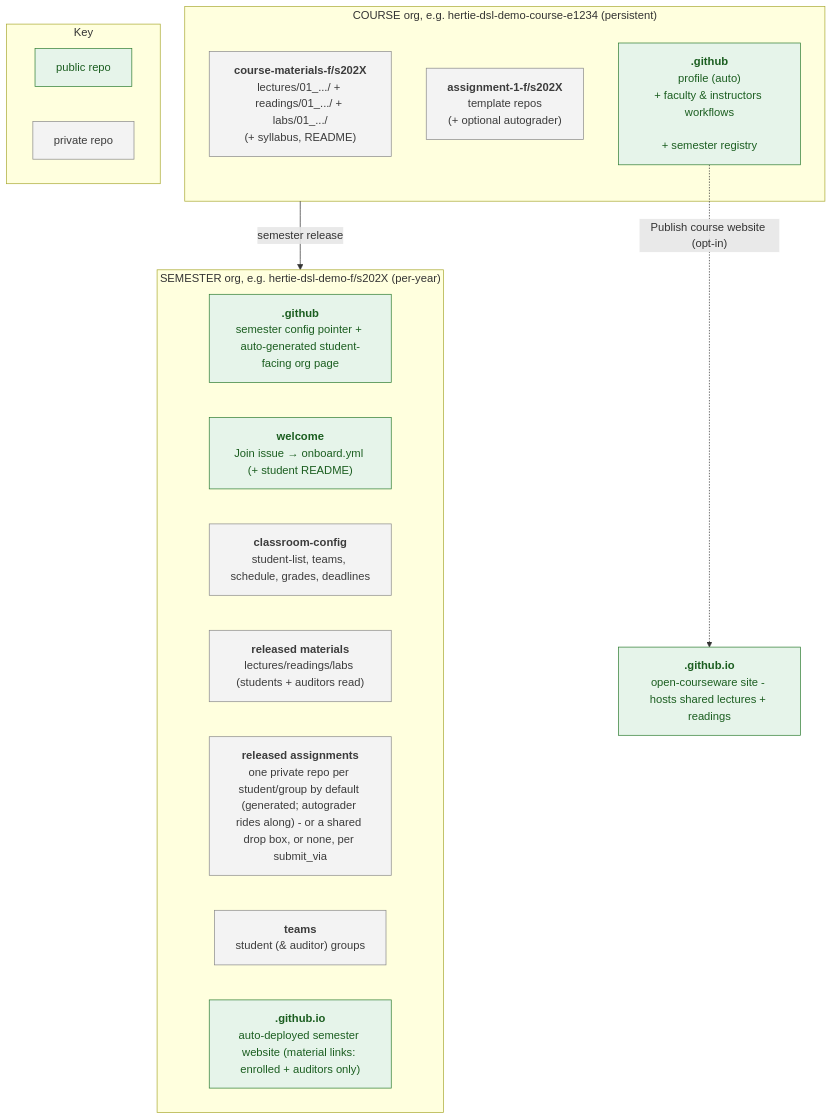
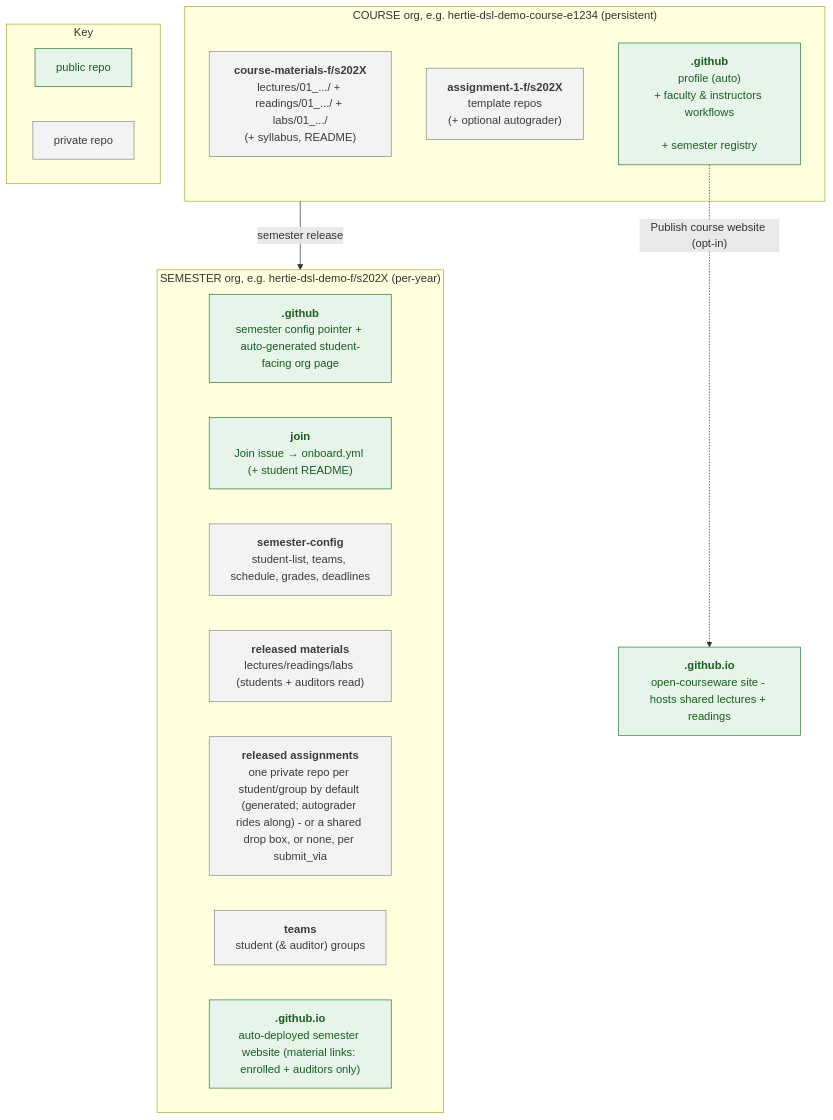
The diagram in README.md (hertie-data-science-lab/dsl-teaching-toolkit), drawn with Mermaid before and after one commit. The commit also changed other lines of this file and 160 other files, not shown here.

First line of the commit message:
refactor(engine): semester-config, join, .system/ layout and the migration tool

````diff
--- a/README.md
+++ b/README.md
@@ -37,63 +37,63 @@
 ```mermaid
 flowchart TB
   subgraph COURSE["COURSE org, e.g. hertie-dsl-demo-course-e1234 (persistent)"]
     mat["`**course-materials-f/s202X**
 
 lectures/01_.../ + readings/01_.../ + labs/01_.../
 
 (+ syllabus, README)`"]
     tmpl["`**assignment-1-f/s202X**
 
 template repos
 
 (+ optional autograder)`"]
     gh["`**.github**
 
 profile (auto)
 
 + faculty & instructors workflows
 
 + semester registry`"]
   end
 
   subgraph SEMESTER["SEMESTER org, e.g. hertie-dsl-demo-f/s202X (per-year)"]
     cgh["`**.github**
 
 semester config pointer + auto-generated student-facing org page`"]
-    welcome["`**welcome**
+    join["`**join**
 
 Join issue → onboard.yml (+ student README)`"]
-    cfg["`**classroom-config**
+    cfg["`**semester-config**
 
 student-list, teams, schedule, grades, deadlines`"]
     cmat["`**released materials**
 
 lectures/readings/labs (students + auditors read)`"]
     repos["`**released assignments**
 
 one private repo per student/group by default (generated; autograder rides along) - or a shared drop box, or none, per submit_via`"]
     team["`**teams**
 
 student (& auditor) groups`"]
     site["`**<semester>.github.io**
 
 auto-deployed semester website (material links: enrolled + auditors only)`"]
   end
 
   pub["`**<course-org>.github.io**
 
 open-courseware site - hosts shared lectures + readings`"]
 
   COURSE -->|"semester release"| SEMESTER
   gh -.->|"Publish course website (opt-in)"| pub
 
   subgraph KEY["Key"]
     keypub["public repo"]
     keypriv["private repo"]
   end
 
   classDef public fill:#e6f4ea,stroke:#2e7d32,color:#1b5e20;
   classDef private fill:#f3f3f3,stroke:#8a8a8a,color:#3c3c3c;
-  class gh,cgh,welcome,site,pub,keypub public;
+  class gh,cgh,join,site,pub,keypub public;
   class mat,tmpl,cfg,cmat,repos,team,keypriv private;
 ```
````
